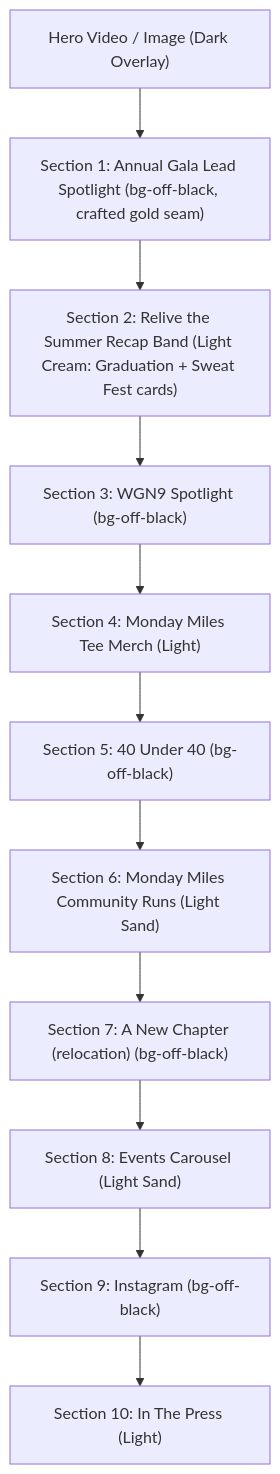
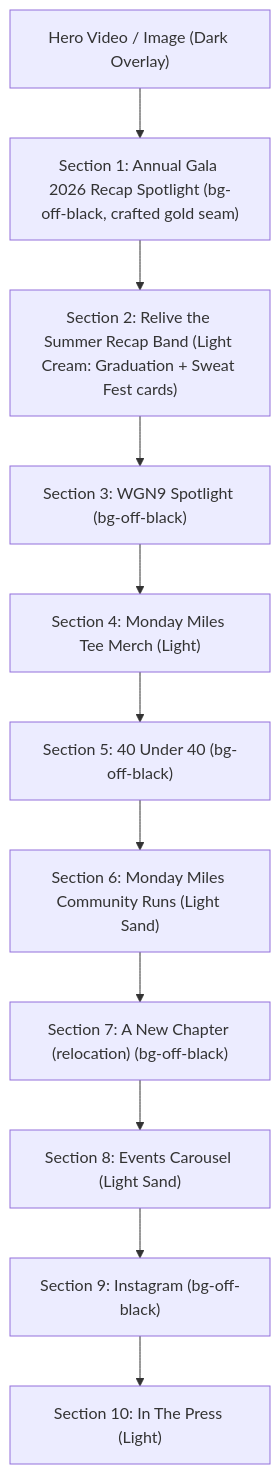
Before and after one commit to awaisqazi/latinasweatproject: the first of 3 diagrams in design.md, drawn with Mermaid. The commit also changed other lines of this file and 22 other files, not shown here.

First line of the commit message:
Gala 2026 recap: Gracias, comunidad. /gala becomes the recap of record

````diff
--- a/design.md
+++ b/design.md
@@ -34,13 +34,13 @@
 ```mermaid
 graph TD
-    Hero["Hero Video / Image (Dark Overlay)"] --> Sec1["Section 1: Annual Gala Lead Spotlight (bg-off-black, crafted gold seam)"]
+    Hero["Hero Video / Image (Dark Overlay)"] --> Sec1["Section 1: Annual Gala 2026 Recap Spotlight (bg-off-black, crafted gold seam)"]
     Sec1 --> Sec2["Section 2: Relive the Summer Recap Band (Light Cream: Graduation + Sweat Fest cards)"]
     Sec2 --> Sec3["Section 3: WGN9 Spotlight (bg-off-black)"]
     Sec3 --> Sec4["Section 4: Monday Miles Tee Merch (Light)"]
     Sec4 --> Sec5["Section 5: 40 Under 40 (bg-off-black)"]
     Sec5 --> Sec6["Section 6: Monday Miles Community Runs (Light Sand)"]
     Sec6 --> Sec7["Section 7: A New Chapter (relocation) (bg-off-black)"]
     Sec7 --> Sec8["Section 8: Events Carousel (Light Sand)"]
     Sec8 --> Sec9["Section 9: Instagram (bg-off-black)"]
     Sec9 --> Sec10["Section 10: In The Press (Light)"]
 ```
````
